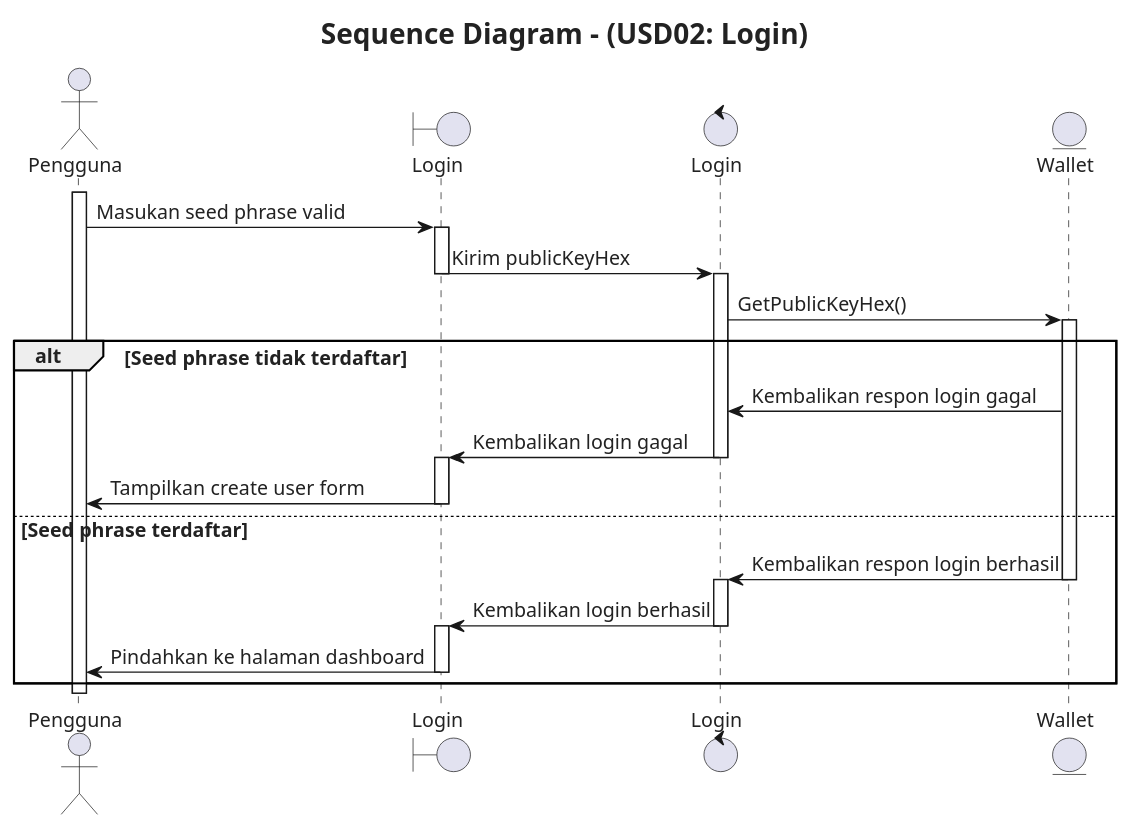
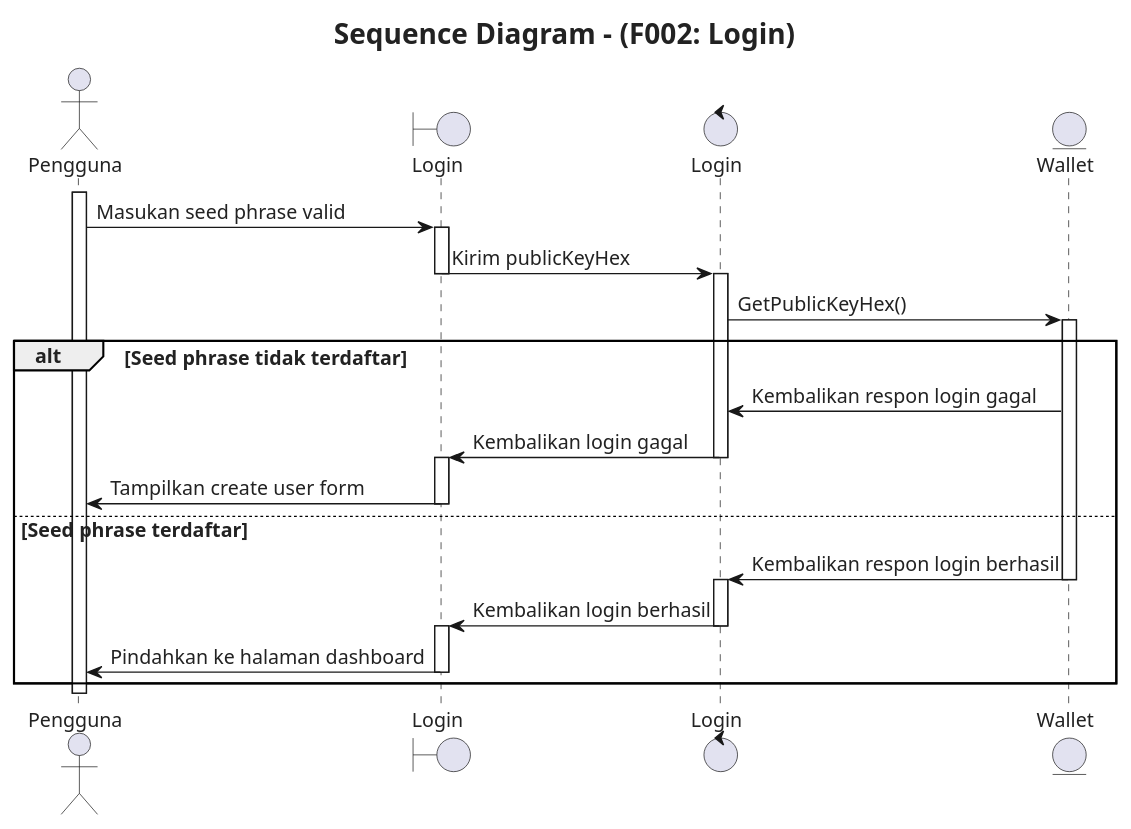
Before and after one commit to syafiq-ubay/walldoc-plantUML: the diagram in sequence-diagram/02_Login.puml, drawn with PlantUML. The commit also changed 12 other files, not shown here.

Commit message:
fix code sequence diagram

```diff
--- a/sequence-diagram/02_Login.puml
+++ b/sequence-diagram/02_Login.puml
@@ -1,42 +1,42 @@
 @startuml
 skinparam defaultFontName "JetBrains Mono"
 skinparam defaultFontSize 14
 skinparam defaultFontColor #222222
 skinparam titleFontSize 20
-title Sequence Diagram - (USD02: Login)
+title Sequence Diagram - (F002: Login)
 
 actor Pengguna as User
 boundary "Login" as View
 control "Login" as System
 ' entity "User" as DB
 entity "Wallet" as DB2
 
 activate User
 User -> View: Masukan seed phrase valid
 activate View
 View -> System: Kirim publicKeyHex
 deactivate View
 
     activate System
     System -> DB2: GetPublicKeyHex()
 alt Seed phrase tidak terdaftar
     activate DB2
     DB2 -> System: Kembalikan respon login gagal
     ' deactivate DB2
     System -> View: Kembalikan login gagal
     deactivate System
     activate View
     View -> User: Tampilkan create user form
     deactivate View
 else Seed phrase terdaftar
     DB2 -> System: Kembalikan respon login berhasil
     deactivate DB2
     activate System
     System -> View: Kembalikan login berhasil
     deactivate System
     activate View
     View -> User: Pindahkan ke halaman dashboard
     deactivate View
 end
 deactivate User
 @enduml
```
